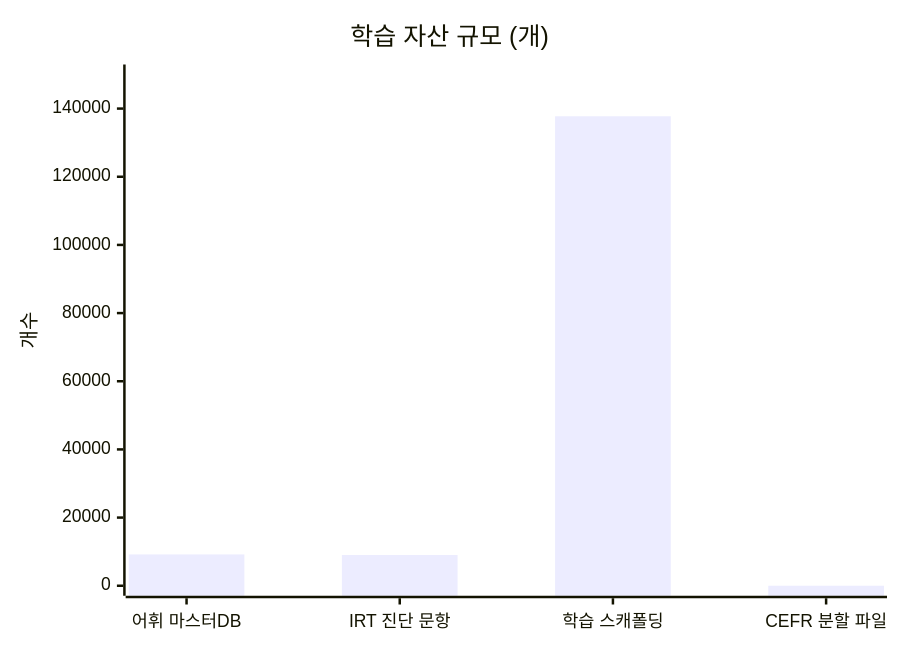
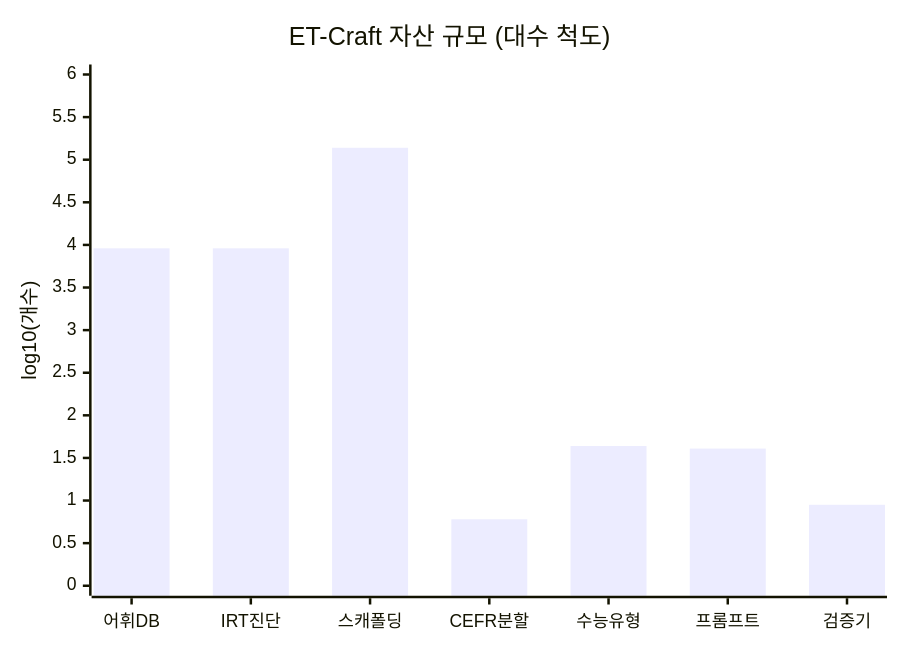
Before and after one commit to smilepat/myprojects: diagram 22 of 36 in SLIDES_GAP_TO_PROGRESS.md, drawn with Mermaid. The commit also changed other lines of this file and 6 other files, not shown here.

First line of the commit message:
feat(slides): expand from 19 to 36 charts + PDCA tracking (#1)

````diff
--- a/SLIDES_GAP_TO_PROGRESS.md
+++ b/SLIDES_GAP_TO_PROGRESS.md
@@ -284,7 +601,7 @@
 ```mermaid
 xychart-beta
-    title "학습 자산 규모 (개)"
-    x-axis ["어휘 마스터DB","IRT 진단 문항","학습 스캐폴딩","CEFR 분할 파일"]
-    y-axis "개수" 0 --> 150000
-    bar [9183, 9017, 137745, 6]
+    title "ET-Craft 자산 규모 (대수 척도)"
+    x-axis ["어휘DB","IRT진단","스캐폴딩","CEFR분할","수능유형","프롬프트","검증기"]
+    y-axis "log10(개수)" 0 --> 6
+    bar [3.96, 3.96, 5.14, 0.78, 1.64, 1.61, 0.95]
 ```
````
